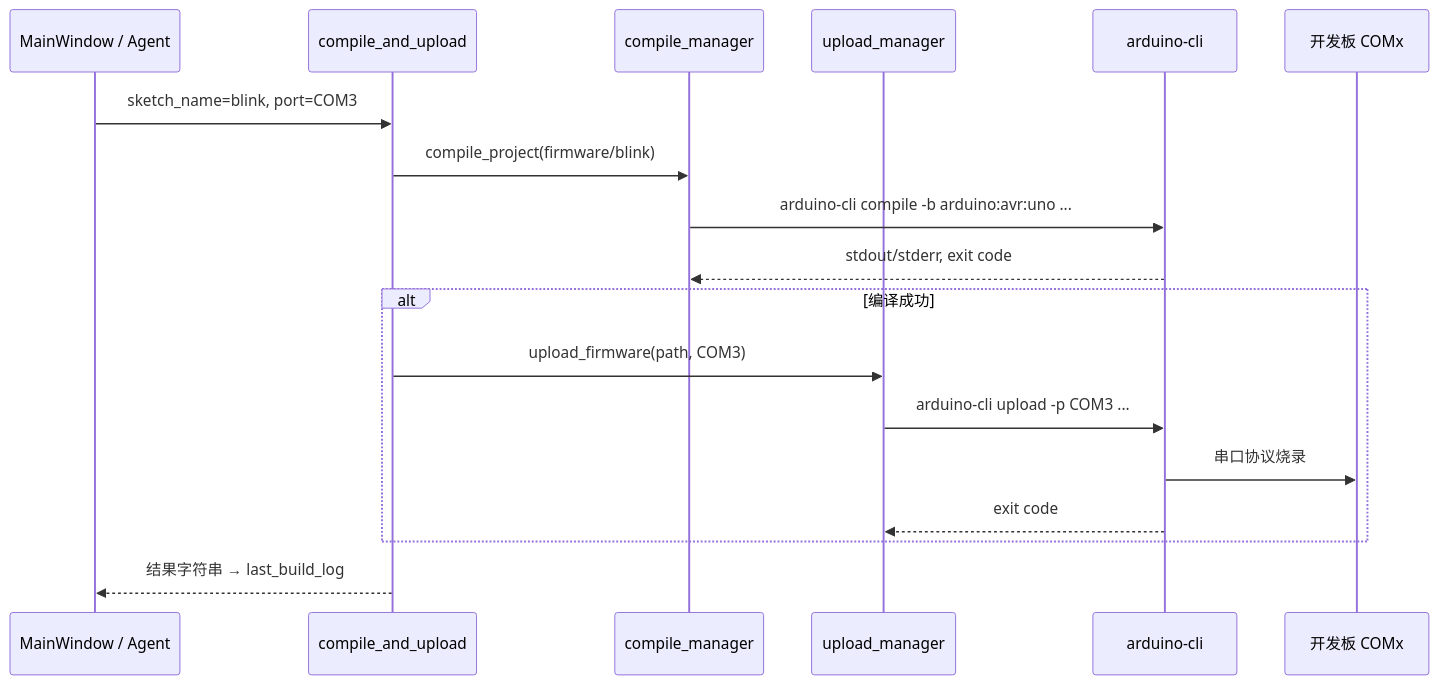
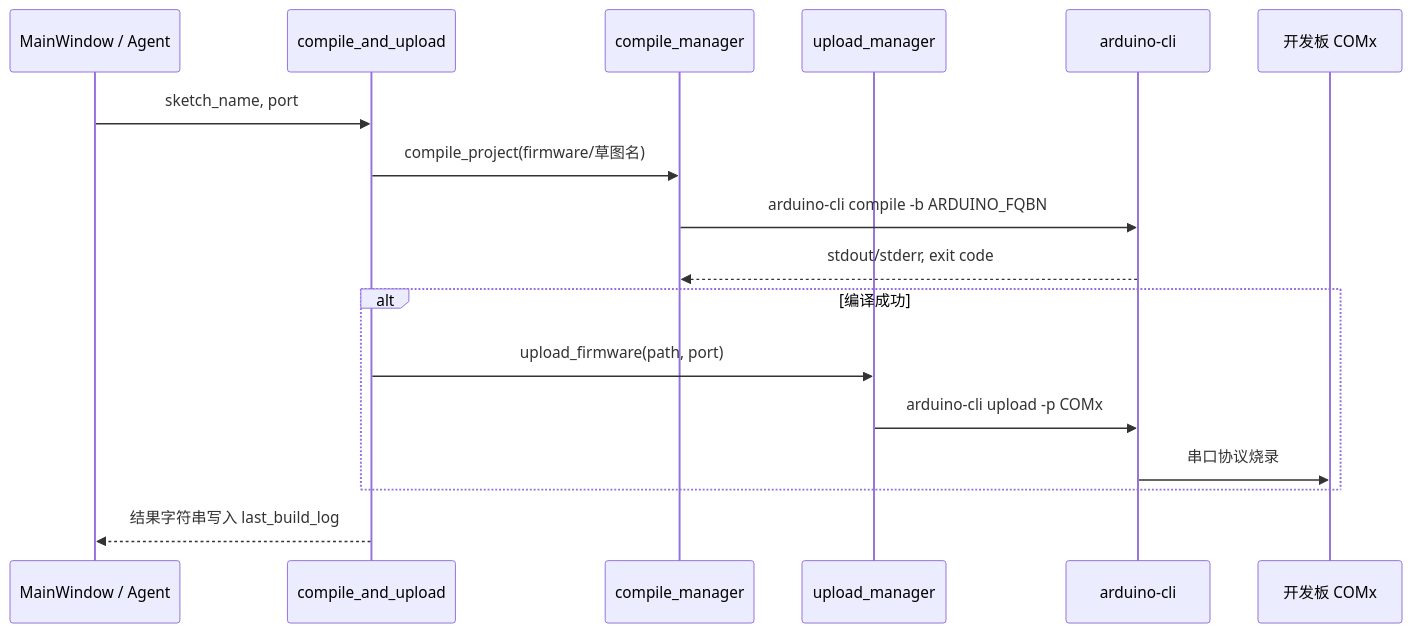
Before and after one commit to zackdlut/ai_ardunio: the ninth of 10 diagrams in docs/ARCHITECTURE.md, drawn with Mermaid. The commit also changed other lines of this file and 10 other files, not shown here.

````diff
--- a/docs/ARCHITECTURE.md
+++ b/docs/ARCHITECTURE.md
@@ -526,21 +593,20 @@
 ```mermaid
 sequenceDiagram
     participant UI as MainWindow / Agent
     participant H as compile_and_upload
     participant CM as compile_manager
     participant UM as upload_manager
     participant CLI as arduino-cli
     participant BD as 开发板 COMx
 
-    UI->>H: sketch_name=blink, port=COM3
-    H->>CM: compile_project(firmware/blink)
-    CM->>CLI: arduino-cli compile -b arduino:avr:uno ...
+    UI->>H: sketch_name, port
+    H->>CM: compile_project(firmware/草图名)
+    CM->>CLI: arduino-cli compile -b ARDUINO_FQBN
     CLI-->>CM: stdout/stderr, exit code
     alt 编译成功
-        H->>UM: upload_firmware(path, COM3)
-        UM->>CLI: arduino-cli upload -p COM3 ...
+        H->>UM: upload_firmware(path, port)
+        UM->>CLI: arduino-cli upload -p COMx
         CLI->>BD: 串口协议烧录
-        CLI-->>UM: exit code
     end
-    H-->>UI: 结果字符串 → last_build_log
+    H-->>UI: 结果字符串写入 last_build_log
 ```
````
